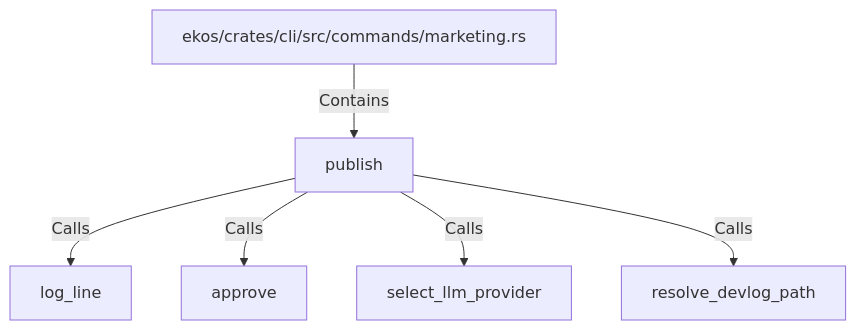
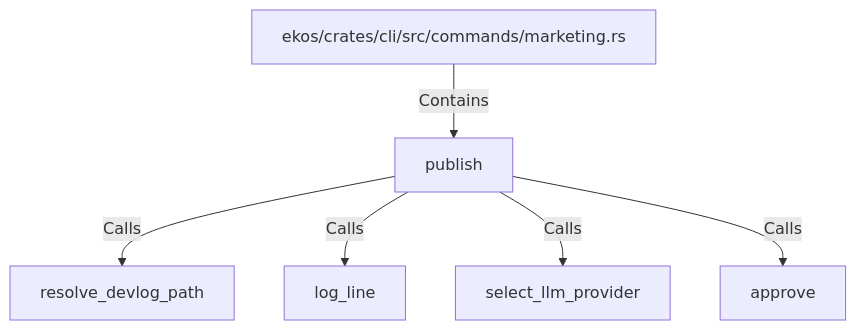
One commit to alexeyban/EKOS changed the diagram in doc/entities/rustsymbol/pu/publish.md. Above: the diagram before and after it, drawn with Mermaid. The commit also changed other lines of this file and 552 other files, not shown here.

````diff
--- a/doc/entities/rustsymbol/pu/publish.md
+++ b/doc/entities/rustsymbol/pu/publish.md
@@ -24,14 +24,14 @@
 ```mermaid
 graph TD
     ne7c2f511275951deb835a5aa57064c4f["publish"]
     ne4550c2d5dcf5779b25dac86e4019342["ekos/crates/cli/src/commands/marketing.rs"]
     ne4550c2d5dcf5779b25dac86e4019342 -->|Contains| ne7c2f511275951deb835a5aa57064c4f
+    n8cf1b866178a5ca7b5dd40b1aa8e7de7["resolve_devlog_path"]
+    ne7c2f511275951deb835a5aa57064c4f -->|Calls| n8cf1b866178a5ca7b5dd40b1aa8e7de7
     n9b3a010569f6541dab3c6c9ae99908ff["log_line"]
     ne7c2f511275951deb835a5aa57064c4f -->|Calls| n9b3a010569f6541dab3c6c9ae99908ff
+    n824776cf10305c02acf6961e14b329e1["select_llm_provider"]
+    ne7c2f511275951deb835a5aa57064c4f -->|Calls| n824776cf10305c02acf6961e14b329e1
     n76efc638276d5610966b18f8fc582a09["approve"]
     ne7c2f511275951deb835a5aa57064c4f -->|Calls| n76efc638276d5610966b18f8fc582a09
-    n824776cf10305c02acf6961e14b329e1["select_llm_provider"]
-    ne7c2f511275951deb835a5aa57064c4f -->|Calls| n824776cf10305c02acf6961e14b329e1
-    n8cf1b866178a5ca7b5dd40b1aa8e7de7["resolve_devlog_path"]
-    ne7c2f511275951deb835a5aa57064c4f -->|Calls| n8cf1b866178a5ca7b5dd40b1aa8e7de7
 ```
````
